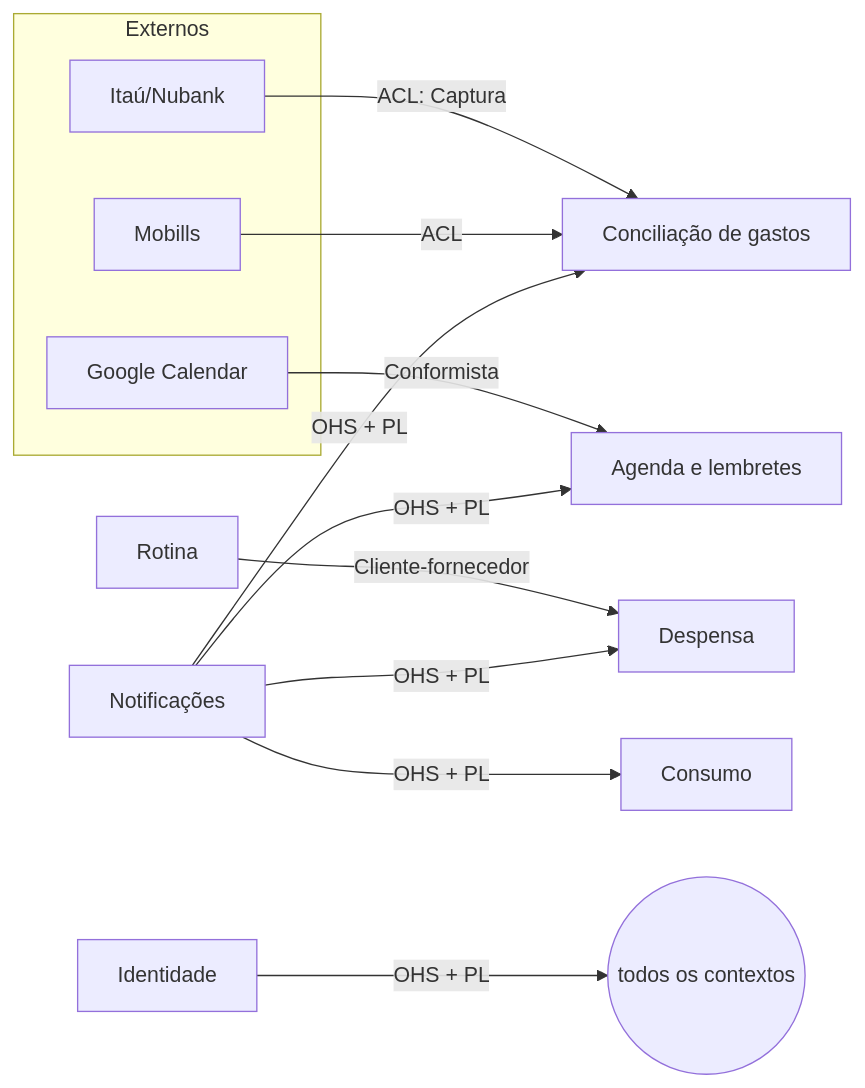
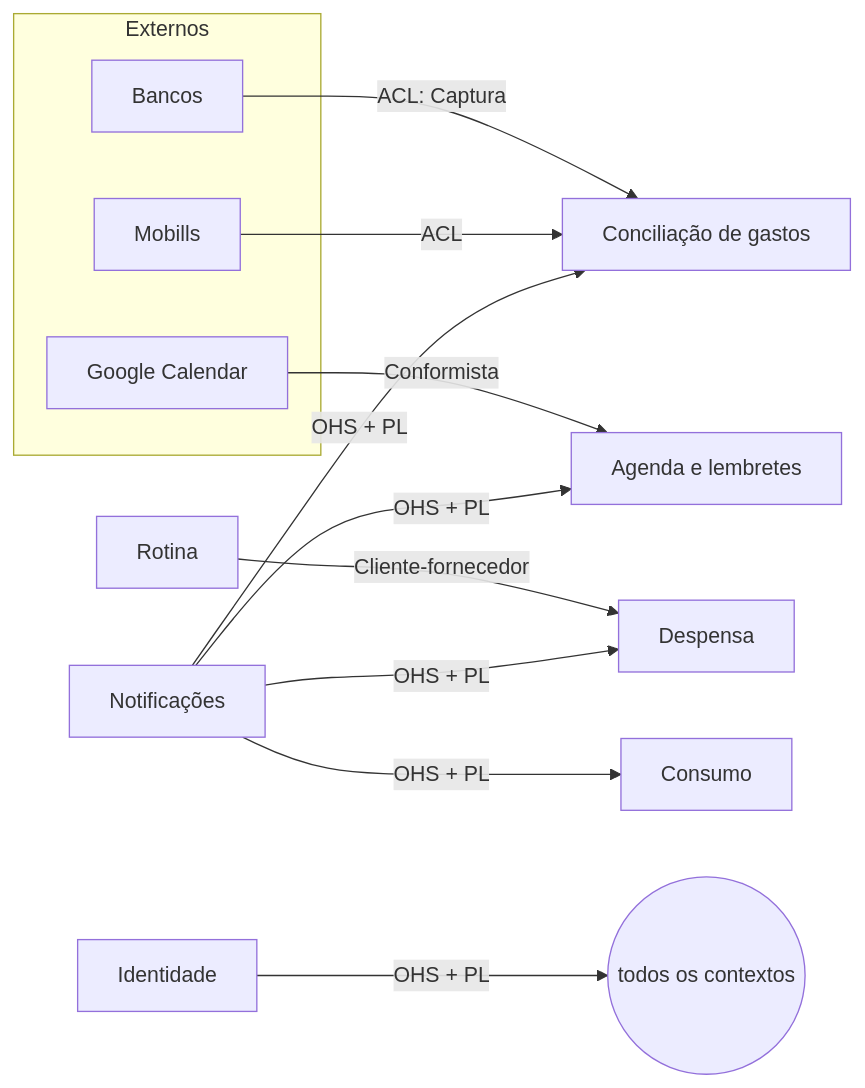
Before and after one commit to luisgutobh-dev/ninho: the diagram in docs/ddd/mapa-estrategico.md, drawn with Mermaid. The commit also changed other lines of this file and 6 other files, not shown here.

````diff
--- a/docs/ddd/mapa-estrategico.md
+++ b/docs/ddd/mapa-estrategico.md
@@ -52,17 +52,17 @@
 ```mermaid
 flowchart LR
   subgraph Externos
-    BANCOS[Itaú/Nubank]
+    BANCOS[Bancos]
     MOBILLS[Mobills]
     GCAL[Google Calendar]
   end
   BANCOS -- ACL: Captura --> CONC[Conciliação de gastos]
   MOBILLS -- ACL --> CONC
   GCAL -- Conformista --> AGENDA[Agenda e lembretes]
   ROTINA[Rotina] -- Cliente-fornecedor --> DESP[Despensa]
   NOTIF[Notificações] -- OHS + PL --> AGENDA
   NOTIF -- OHS + PL --> CONS[Consumo]
   NOTIF -- OHS + PL --> CONC
   NOTIF -- OHS + PL --> DESP
   IDENT[Identidade] -- OHS + PL --> TODOS((todos os contextos))
 ```
````
